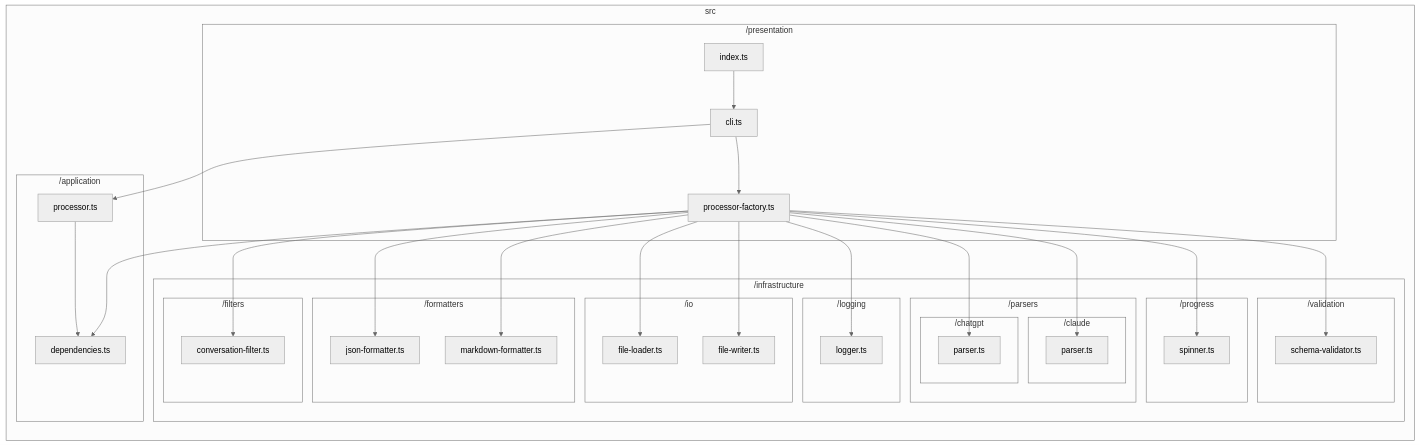
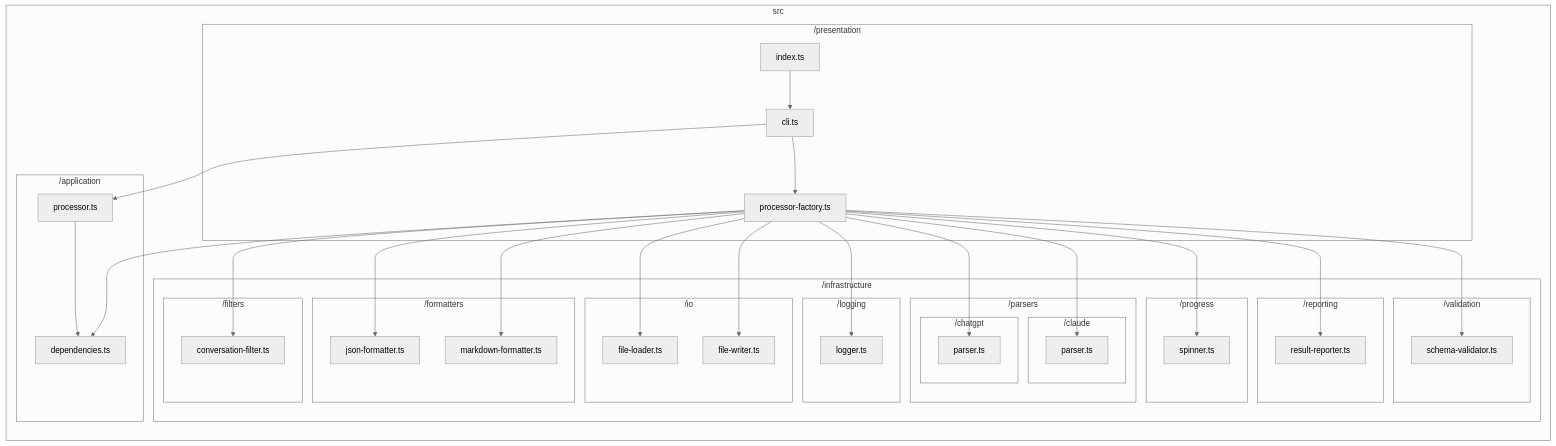
One commit to sugurutakahashi-1234/ai-chat-md-export changed the diagram in docs/reports/dependencies/flow.md. Above: the diagram before and after it, drawn with Mermaid (neutral theme). The commit also changed 35 other files, not shown here.

Commit message:
chore: pin exact dependency versions and update schemas (#74)

````diff
--- a/docs/reports/dependencies/flow.md
+++ b/docs/reports/dependencies/flow.md
@@ -7,59 +7,63 @@
 ```mermaid
 flowchart LR
     subgraph src["src"]
         subgraph src/application["/application"]
             src/application/processor.ts["processor.ts"]
             src/application/depend_encies.ts["dependencies.ts"]
         end
         subgraph src/presentation["/presentation"]
             src/presentation/processor//factory.ts["processor-factory.ts"]
             src/presentation/cli.ts["cli.ts"]
             src/presentation/index.ts["index.ts"]
         end
         subgraph src/infrastructure["/infrastructure"]
             subgraph src/infrastructure/filters["/filters"]
                 src/infrastructure/filters/conversation//filter.ts["conversation-filter.ts"]
             end
             subgraph src/infrastructure/formatters["/formatters"]
                 src/infrastructure/formatters/json//formatter.ts["json-formatter.ts"]
                 src/infrastructure/formatters/markdown//formatter.ts["markdown-formatter.ts"]
             end
             subgraph src/infrastructure/io["/io"]
                 src/infrastructure/io/file//loader.ts["file-loader.ts"]
                 src/infrastructure/io/file//writer.ts["file-writer.ts"]
             end
             subgraph src/infrastructure/logging["/logging"]
                 src/infrastructure/logging/logger.ts["logger.ts"]
             end
             subgraph src/infrastructure/parsers["/parsers"]
                 subgraph src/infrastructure/parsers/chatgpt["/chatgpt"]
                     src/infrastructure/parsers/chatgpt/parser.ts["parser.ts"]
                 end
                 subgraph src/infrastructure/parsers/claude["/claude"]
                     src/infrastructure/parsers/claude/parser.ts["parser.ts"]
                 end
             end
             subgraph src/infrastructure/progress["/progress"]
                 src/infrastructure/progress/spinner.ts["spinner.ts"]
             end
+            subgraph src/infrastructure/reporting["/reporting"]
+                src/infrastructure/reporting/result//reporter.ts["result-reporter.ts"]
+            end
             subgraph src/infrastructure/validation["/validation"]
                 src/infrastructure/validation/schema//validator.ts["schema-validator.ts"]
             end
         end
     end
     src/application/processor.ts-->src/application/depend_encies.ts
     src/presentation/processor//factory.ts-->src/application/depend_encies.ts
     src/presentation/processor//factory.ts-->src/infrastructure/filters/conversation//filter.ts
     src/presentation/processor//factory.ts-->src/infrastructure/formatters/json//formatter.ts
     src/presentation/processor//factory.ts-->src/infrastructure/formatters/markdown//formatter.ts
     src/presentation/processor//factory.ts-->src/infrastructure/io/file//loader.ts
     src/presentation/processor//factory.ts-->src/infrastructure/io/file//writer.ts
     src/presentation/processor//factory.ts-->src/infrastructure/logging/logger.ts
     src/presentation/processor//factory.ts-->src/infrastructure/parsers/chatgpt/parser.ts
     src/presentation/processor//factory.ts-->src/infrastructure/parsers/claude/parser.ts
     src/presentation/processor//factory.ts-->src/infrastructure/progress/spinner.ts
+    src/presentation/processor//factory.ts-->src/infrastructure/reporting/result//reporter.ts
     src/presentation/processor//factory.ts-->src/infrastructure/validation/schema//validator.ts
     src/presentation/cli.ts-->src/application/processor.ts
     src/presentation/cli.ts-->src/presentation/processor//factory.ts
     src/presentation/index.ts-->src/presentation/cli.ts
 ```
````
